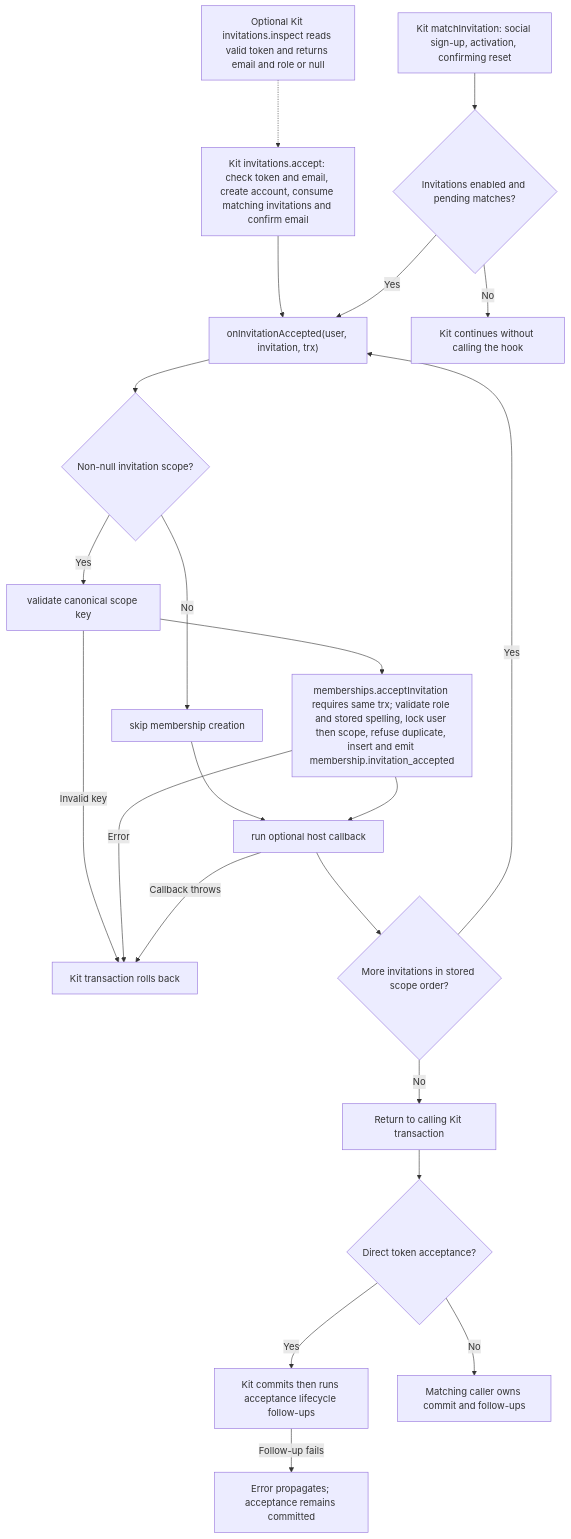
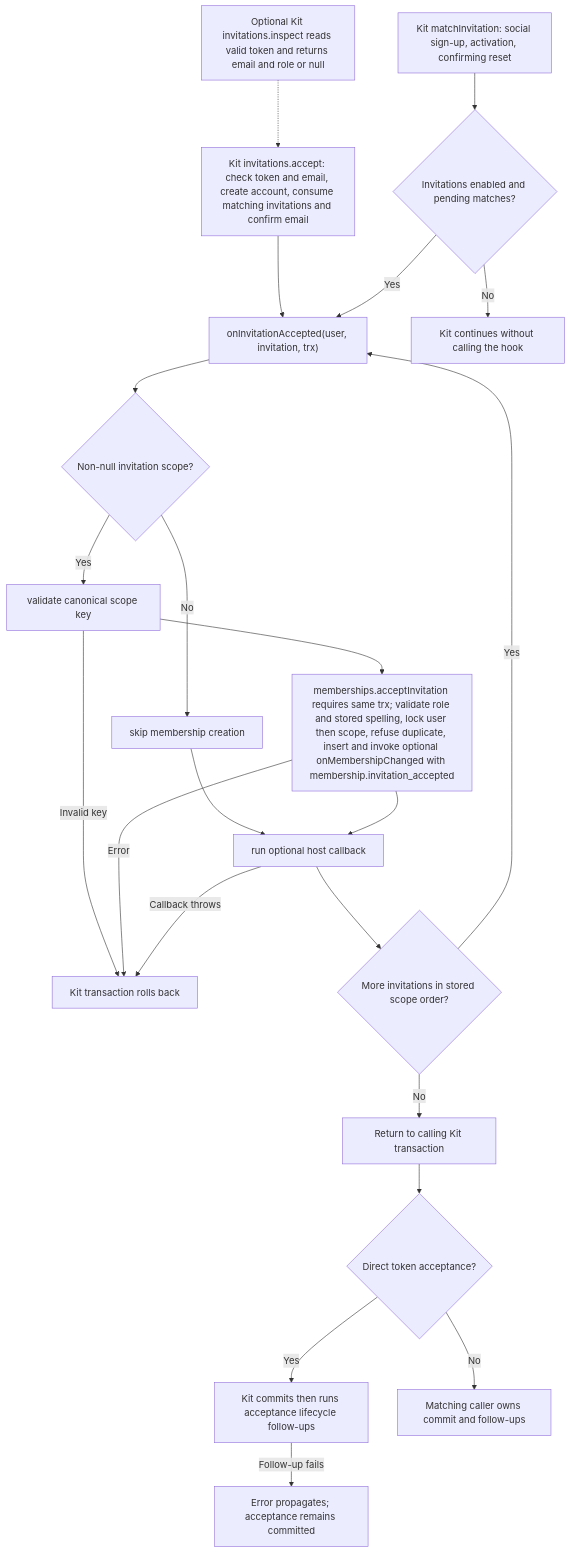
The second of 2 diagrams in user-stories/US-ACCESS-10-accept-invitation.md (Kevinjohn/oss-adonisjs-access-control), drawn with Mermaid before and after one commit. The commit also changed other lines of this file and 22 other files, not shown here.

````diff
--- a/user-stories/US-ACCESS-10-accept-invitation.md
+++ b/user-stories/US-ACCESS-10-accept-invitation.md
@@ -48,24 +48,24 @@
 ```mermaid
 flowchart TD
     P["Optional Kit invitations.inspect reads valid token and returns email and role or null"] -.-> K1
     K1["Kit invitations.accept: check token and email, create account, consume matching invitations and confirm email"] --> A
     K2["Kit matchInvitation: social sign-up, activation, confirming reset"] --> M{"Invitations enabled and pending matches?"}
     M -->|No| L["Kit continues without calling the hook"]
     M -->|Yes| A
     A["onInvitationAccepted(user, invitation, trx)"] --> B{"Non-null invitation scope?"}
     B -->|No| C["skip membership creation"]
     C --> F
     B -->|Yes| D["validate canonical scope key"]
-    D --> E["memberships.acceptInvitation requires same trx; validate role and stored spelling, lock user then scope, refuse duplicate, insert and emit membership.invitation_accepted"]
+    D --> E["memberships.acceptInvitation requires same trx; validate role and stored spelling, lock user then scope, refuse duplicate, insert and invoke optional onMembershipChanged with membership.invitation_accepted"]
     D -->|Invalid key| X["Kit transaction rolls back"]
     E -->|Error| X
     E --> F["run optional host callback"]
     F -->|Callback throws| X
     F --> N{"More invitations in stored scope order?"}
     N -->|Yes| A
     N -->|No| G["Return to calling Kit transaction"]
     G --> J{"Direct token acceptance?"}
     J -->|Yes| H["Kit commits then runs acceptance lifecycle follow-ups"]
     H -->|Follow-up fails| Y["Error propagates; acceptance remains committed"]
     J -->|No| Z["Matching caller owns commit and follow-ups"]
 ```
````
